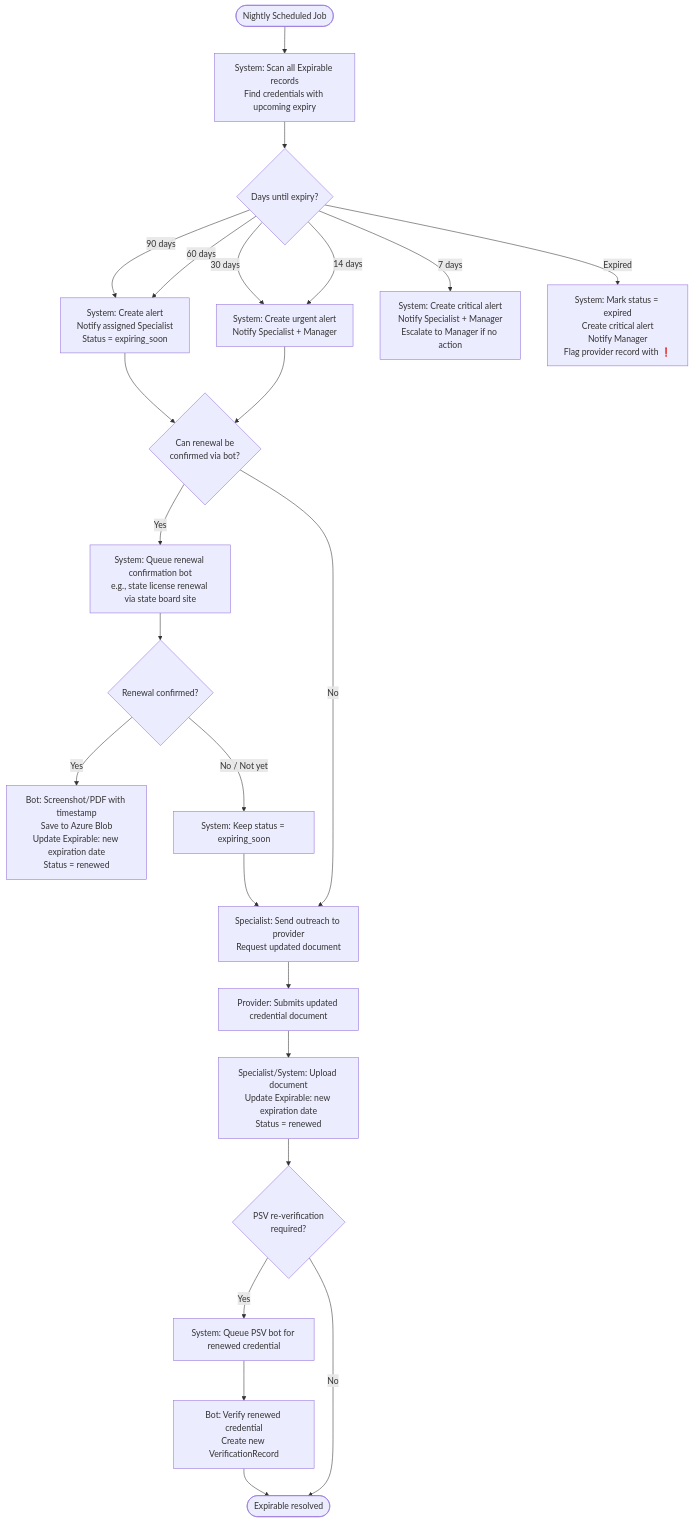
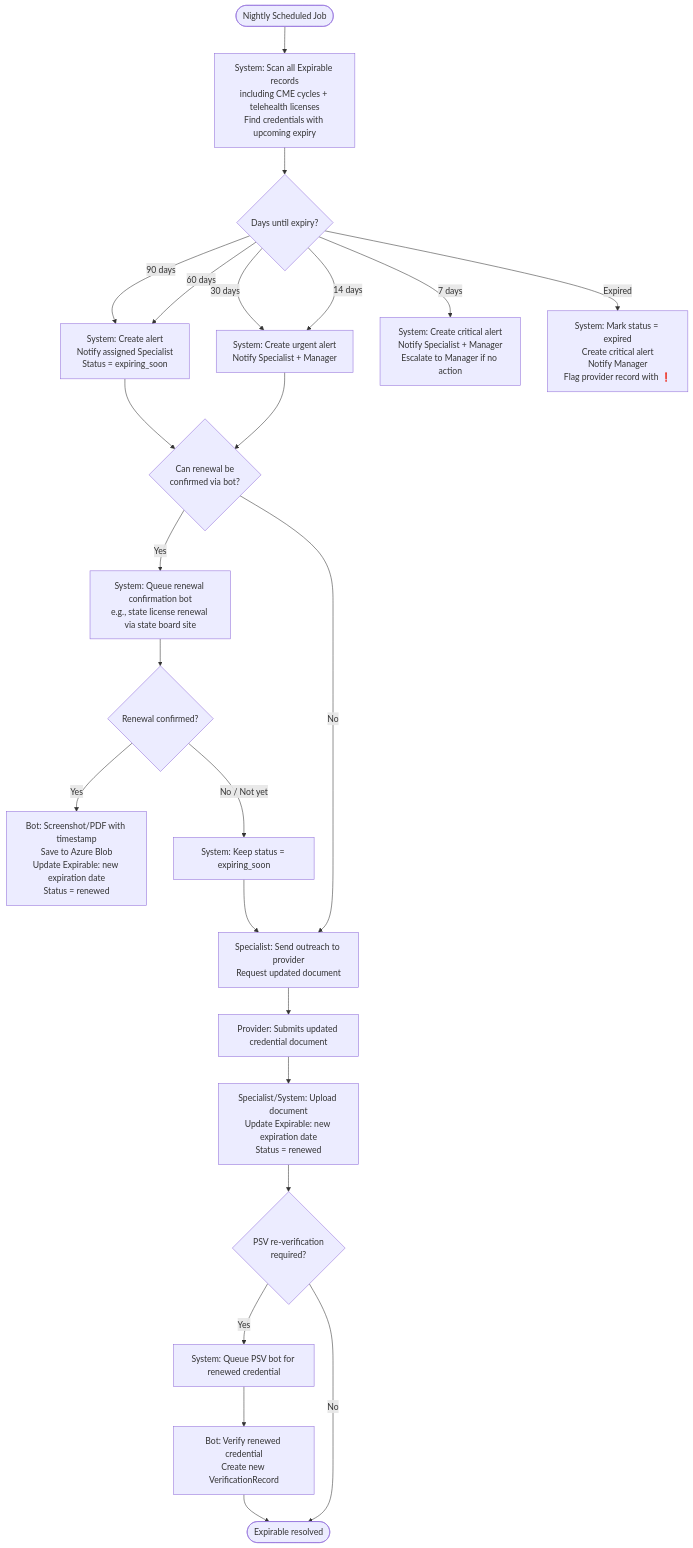
Before and after one commit to hdpulseAIDeveloper/E_Credentialing: the fifth of 16 diagrams in docs/planning/workflows.md, drawn with Mermaid. The commit also changed other lines of this file and 15 other files, not shown here.

First line of the commit message:
fix(prisma): add catch-up migration for phase 1 schema (recredentialing, references, roster, OPPE/FPPE, CME, API keys)

````diff
--- a/docs/planning/workflows.md
+++ b/docs/planning/workflows.md
@@ -181,30 +235,30 @@
 ```mermaid
 flowchart TD
-    A([Nightly Scheduled Job]) --> B[System: Scan all Expirable records\nFind credentials with upcoming expiry]
+    A([Nightly Scheduled Job]) --> B[System: Scan all Expirable records\nincluding CME cycles + telehealth licenses\nFind credentials with upcoming expiry]
     B --> C{Days until expiry?}
 
     C -- 90 days --> D[System: Create alert\nNotify assigned Specialist\nStatus = expiring_soon]
     C -- 60 days --> D
     C -- 30 days --> E[System: Create urgent alert\nNotify Specialist + Manager]
     C -- 14 days --> E
     C -- 7 days --> F[System: Create critical alert\nNotify Specialist + Manager\nEscalate to Manager if no action]
     C -- Expired --> G[System: Mark status = expired\nCreate critical alert\nNotify Manager\nFlag provider record with ❗]
 
     D --> H{Can renewal be\nconfirmed via bot?}
     E --> H
     H -- Yes --> I[System: Queue renewal confirmation bot\ne.g., state license renewal via state board site]
     I --> J{Renewal confirmed?}
     J -- Yes --> K[Bot: Screenshot/PDF with timestamp\nSave to Azure Blob\nUpdate Expirable: new expiration date\nStatus = renewed]
     J -- No / Not yet --> L[System: Keep status = expiring_soon]
 
     H -- No --> M[Specialist: Send outreach to provider\nRequest updated document]
     L --> M
 
     M --> N[Provider: Submits updated credential document]
     N --> O[Specialist/System: Upload document\nUpdate Expirable: new expiration date\nStatus = renewed]
     O --> P{PSV re-verification\nrequired?}
     P -- Yes --> Q[System: Queue PSV bot for renewed credential]
     Q --> R[Bot: Verify renewed credential\nCreate new VerificationRecord]
     R --> S([Expirable resolved])
     P -- No --> S
 ```
````
